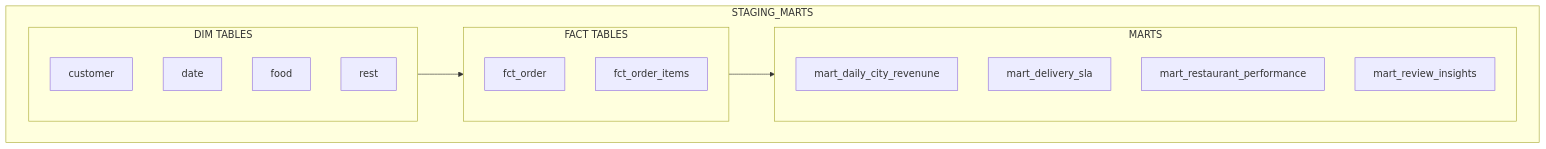
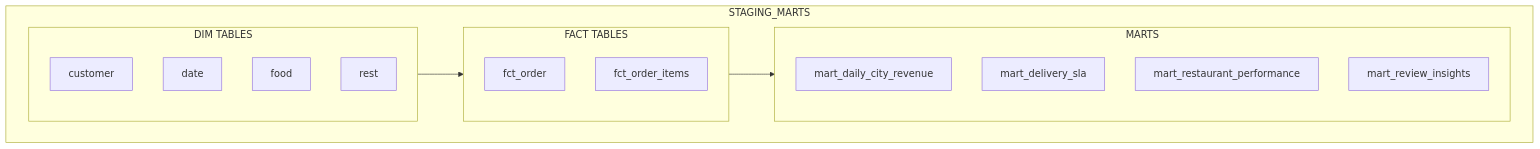
The diagram in README.md (m20was/AI_Data_Engineering), drawn with Mermaid before and after one commit. The commit also changed other lines of this file and 4 other files, not shown here.

````diff
--- a/README.md
+++ b/README.md
@@ -108,28 +108,28 @@
 ```mermaid
 flowchart TB
 	subgraph STAGING_MARTS[STAGING_MARTS]
 		direction LR
 
 		subgraph DIMS[DIM TABLES]
 			dim_customer[customer]
 			dim_date[date]
 			dim_food[food]
 			dim_restaurants[rest]
 		end
 
 		subgraph FACTS[FACT TABLES]
 			fct_orders[fct_order]
 			fact_order_items[fct_order_items]
 		end
 
 		subgraph MARTS[MARTS]
-			mart_daily_city_revenune[mart_daily_city_revenune]
+			mart_daily_city_revenue[mart_daily_city_revenue]
 			mart_delivery_sla[mart_delivery_sla]
 			mart_restaurant_performance[mart_restaurant_performance]
 			mart_review_insights[mart_review_insights]
 		end
 
 		DIMS --> FACTS
 		FACTS --> MARTS
 	end
 ```
````
